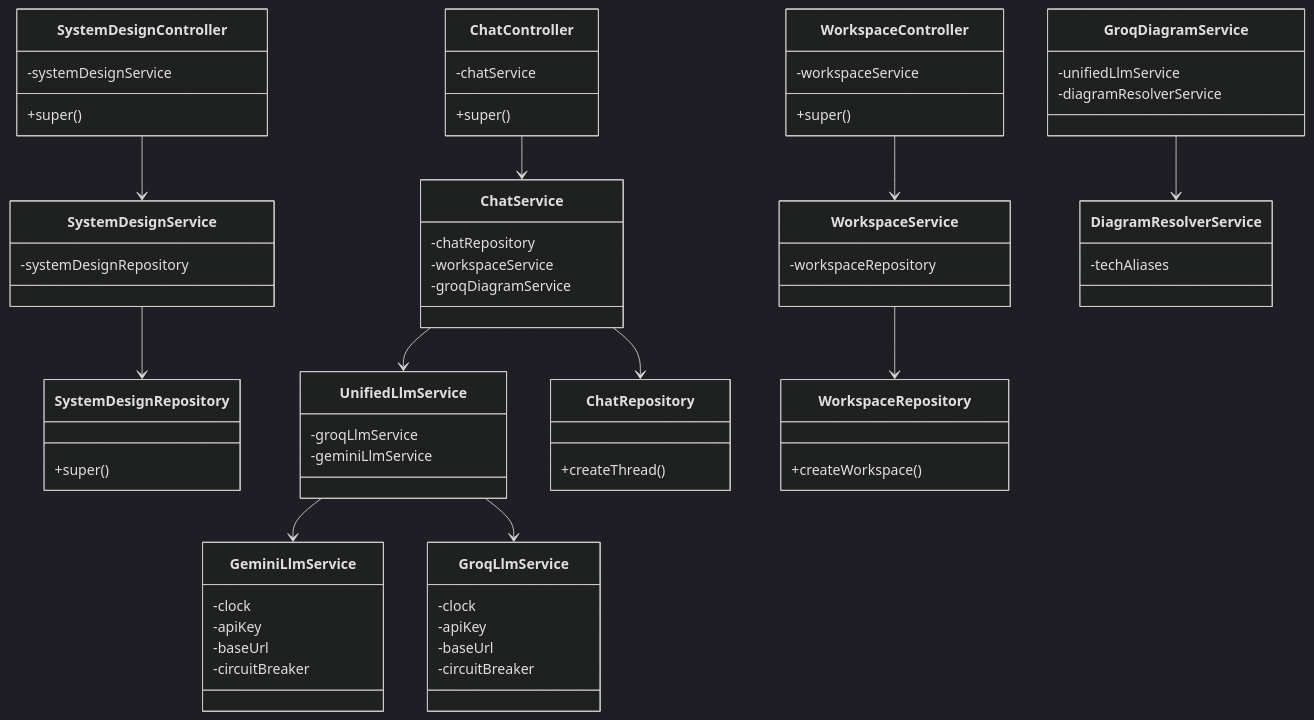
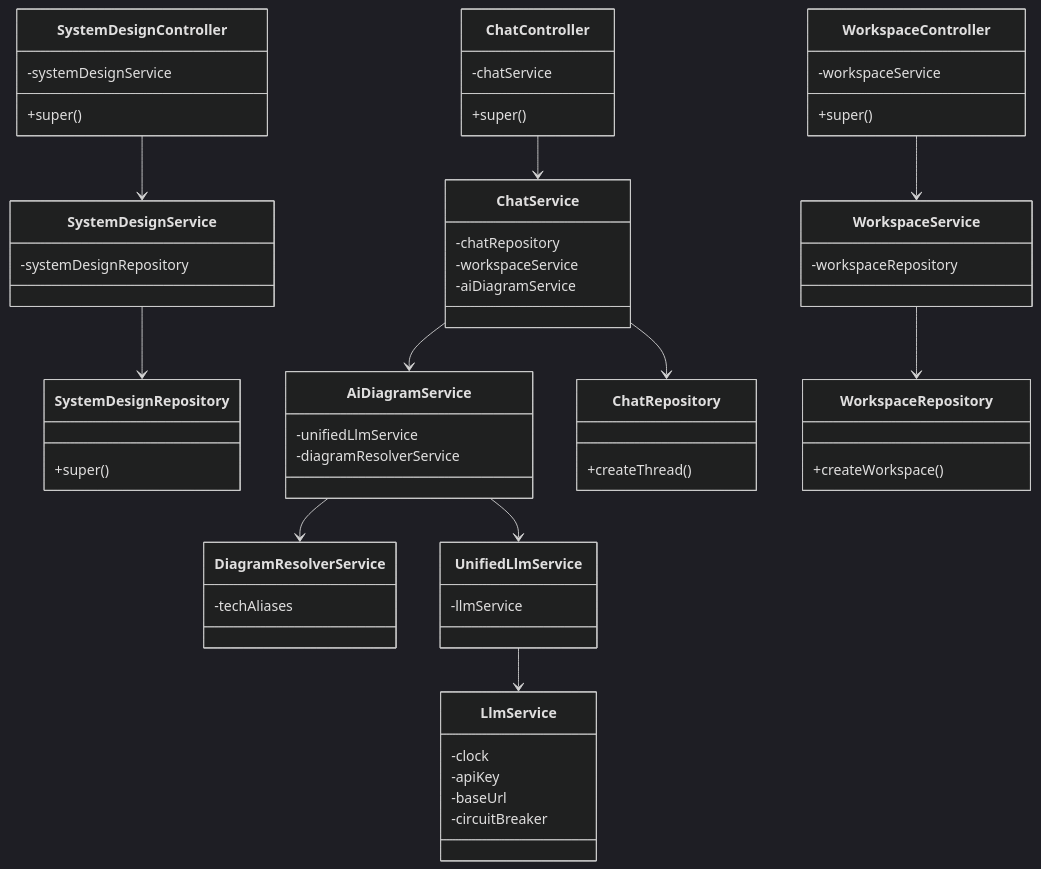
Before and after one commit to phero20/coding_arena: the fifth of 7 diagrams in class_diagram.md, drawn with Mermaid (dark theme). The commit also changed other lines of this file and 45 other files, not shown here.

````diff
--- a/class_diagram.md
+++ b/class_diagram.md
@@ -316,70 +316,63 @@
 ```mermaid
 classDiagram
     class SystemDesignController {
         -systemDesignService
         +super()
     }
     class SystemDesignService {
         -systemDesignRepository
     }
     class SystemDesignRepository {
         +super()
     }
     class ChatController {
         -chatService
         +super()
     }
     class ChatService {
         -chatRepository
         -workspaceService
-        -groqDiagramService
+        -aiDiagramService
     }
     class ChatRepository {
         +createThread()
     }
     class WorkspaceController {
         -workspaceService
         +super()
     }
     class WorkspaceService {
         -workspaceRepository
     }
     class WorkspaceRepository {
         +createWorkspace()
     }
     class DiagramResolverService {
         -techAliases
     }
-    class GeminiLlmService {
+    class LlmService {
         -clock
         -apiKey
         -baseUrl
         -circuitBreaker
     }
-    class GroqDiagramService {
+    class AiDiagramService {
         -unifiedLlmService
         -diagramResolverService
     }
-    class GroqLlmService {
-        -clock
-        -apiKey
-        -baseUrl
-        -circuitBreaker
-    }
     class UnifiedLlmService {
-        -groqLlmService
-        -geminiLlmService
+        -llmService
     }
 
     %% Relationships
     SystemDesignController --> SystemDesignService
     WorkspaceController --> WorkspaceService
     ChatController --> ChatService
-    ChatService --> UnifiedLlmService
+    ChatService --> AiDiagramService
     ChatService --> ChatRepository
-    UnifiedLlmService --> GeminiLlmService
-    UnifiedLlmService --> GroqLlmService
-    GroqDiagramService --> DiagramResolverService
+    UnifiedLlmService --> LlmService
+    AiDiagramService --> DiagramResolverService
+    AiDiagramService --> UnifiedLlmService
     SystemDesignService --> SystemDesignRepository
     WorkspaceService --> WorkspaceRepository
 ```
````
